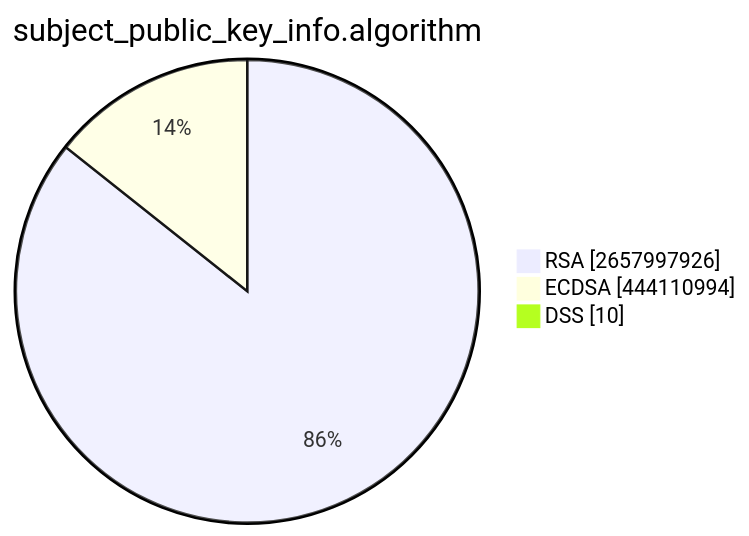
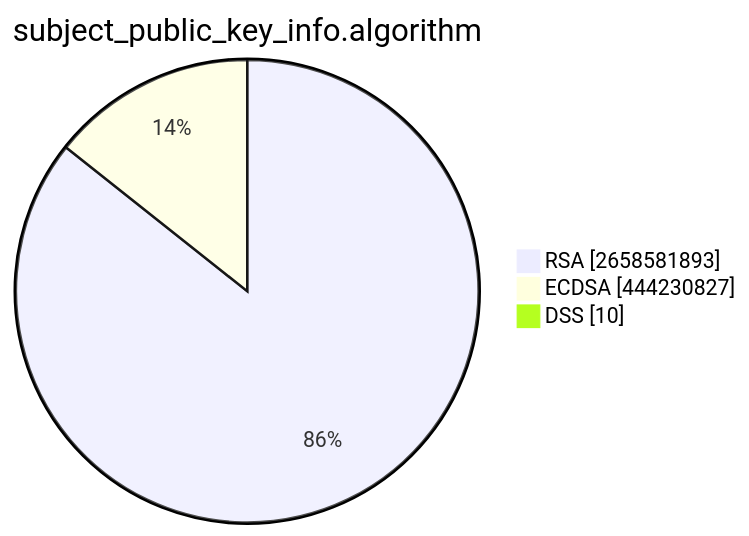
One commit to christiankrug/ctmonitor_visualization changed the second of 15 diagrams in TOTAL/README.md. Above: the diagram before and after it, drawn with Mermaid. The commit also changed other lines of this file, not shown here.

````diff
--- a/TOTAL/README.md
+++ b/TOTAL/README.md
@@ -6,7 +6,7 @@
 ```mermaid
 pie showData
 title subject_public_key_info.algorithm
-"RSA" :2657997926
-"ECDSA" :444110994
+"RSA" :2658581893
+"ECDSA" :444230827
 "DSS" :10
 ```
````
